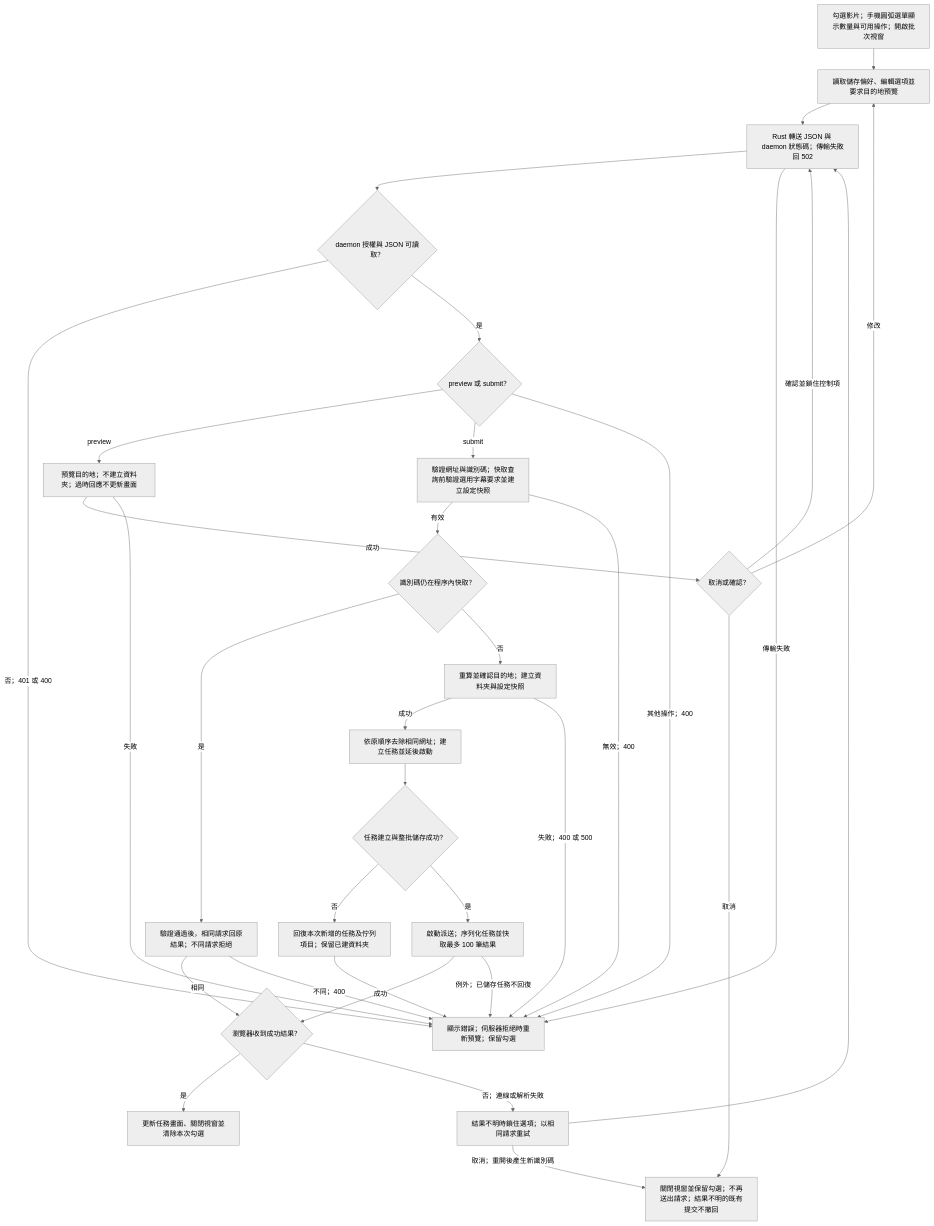
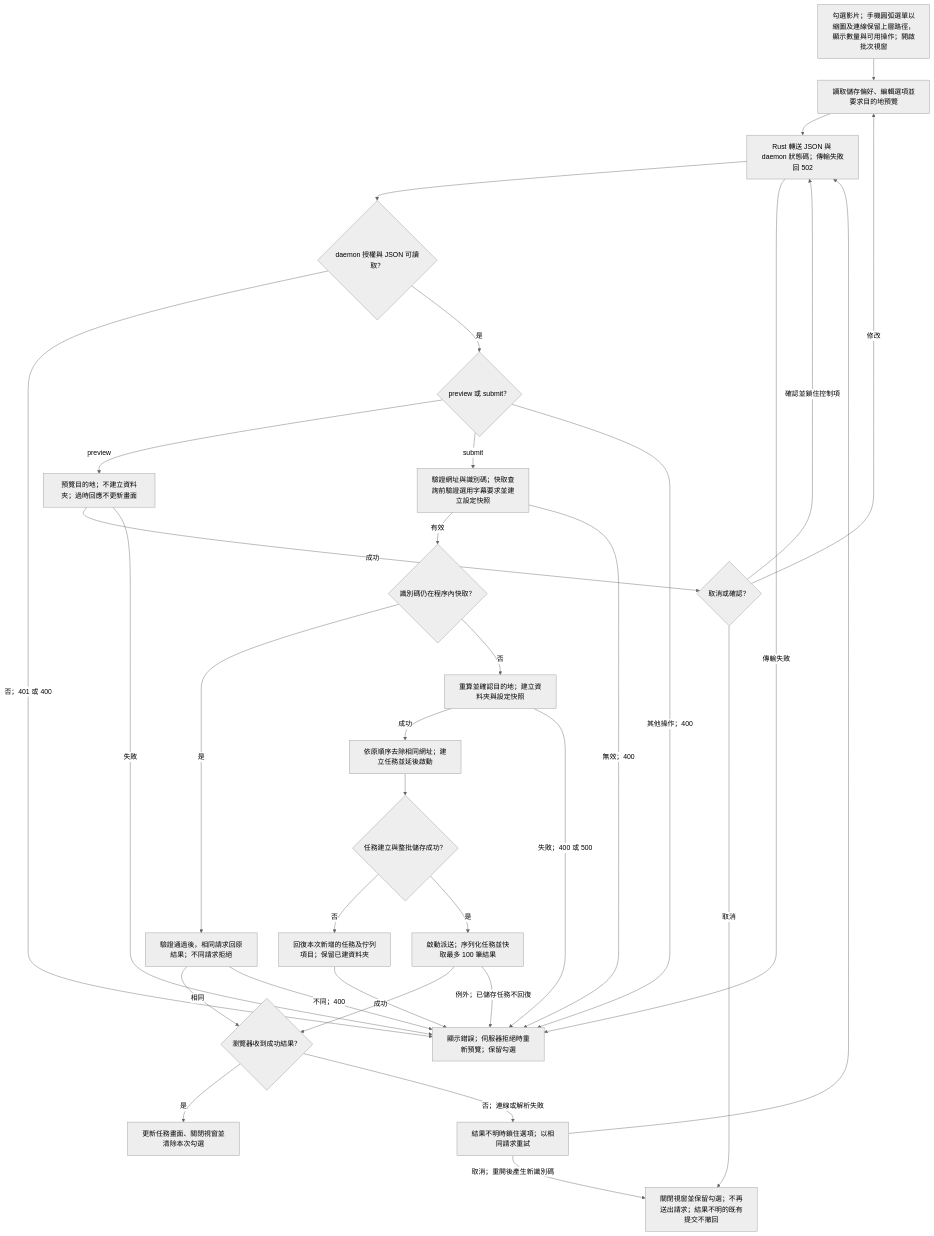
One commit to CloudWorkTools/UAV-Downloader changed the diagram in docs/flows/download.batch.mmd. Above: the diagram before and after it, drawn with Mermaid (neutral theme). The commit also changed 6 other files, not shown here.

```diff
--- a/docs/flows/download.batch.mmd
+++ b/docs/flows/download.batch.mmd
@@ -1,53 +1,53 @@
 flowchart TD
-UI["勾選影片；手機圓弧選單顯示數量與可用操作；開啟批次視窗"]
+UI["勾選影片；手機圓弧選單以縮圖及連線保留上層路徑，顯示數量與可用操作；開啟批次視窗"]
 PREVIEW["讀取儲存偏好、編輯選項並要求目的地預覽"]
 RPC["Rust 轉送 JSON 與 daemon 狀態碼；傳輸失敗回 502"]
 AUTH{"daemon 授權與 JSON 可讀取？"}
 ACTION{"preview 或 submit？"}
 DEST["預覽目的地；不建立資料夾；過時回應不更新畫面"]
 CONFIRM{"取消或確認？"}
 VALID["驗證網址與識別碼；快取查詢前驗證選用字幕要求並建立設定快照"]
 CACHED{"識別碼仍在程序內快取？"}
 REPLAY["驗證通過後，相同請求回原結果；不同請求拒絕"]
 COMMIT["重算並確認目的地；建立資料夾與設定快照"]
 ADD["依原順序去除相同網址；建立任務並延後啟動"]
 SAVE{"任務建立與整批儲存成功？"}
 ROLLBACK["回復本次新增的任務及佇列項目；保留已建資料夾"]
 START["啟動派送；序列化任務並快取最多 100 筆結果"]
 RESPONSE{"瀏覽器收到成功結果？"}
 DONE["更新任務畫面、關閉視窗並清除本次勾選"]
 RETRY["結果不明時鎖住選項；以相同請求重試"]
 ERROR["顯示錯誤；伺服器拒絕時重新預覽；保留勾選"]
 CANCEL["關閉視窗並保留勾選；不再送出請求；結果不明的既有提交不撤回"]
 UI --> PREVIEW
 PREVIEW --> RPC
 RPC --> AUTH
 RPC -->|傳輸失敗| ERROR
 AUTH -->|否；401 或 400| ERROR
 AUTH -->|是| ACTION
 ACTION -->|preview| DEST
 ACTION -->|submit| VALID
 ACTION -->|其他操作；400| ERROR
 DEST -->|成功| CONFIRM
 DEST -->|失敗| ERROR
 CONFIRM -->|修改| PREVIEW
 CONFIRM -->|取消| CANCEL
 CONFIRM -->|確認並鎖住控制項| RPC
 VALID -->|有效| CACHED
 VALID -->|無效；400| ERROR
 CACHED -->|是| REPLAY
 CACHED -->|否| COMMIT
 REPLAY -->|相同| RESPONSE
 REPLAY -->|不同；400| ERROR
 COMMIT -->|成功| ADD
 COMMIT -->|失敗；400 或 500| ERROR
 ADD --> SAVE
 SAVE -->|否| ROLLBACK
 ROLLBACK --> ERROR
 SAVE -->|是| START
 START -->|成功| RESPONSE
 START -->|例外；已儲存任務不回復| ERROR
 RESPONSE -->|是| DONE
 RESPONSE -->|否；連線或解析失敗| RETRY
 RETRY --> RPC
 RETRY -->|取消；重開後產生新識別碼| CANCEL
```
